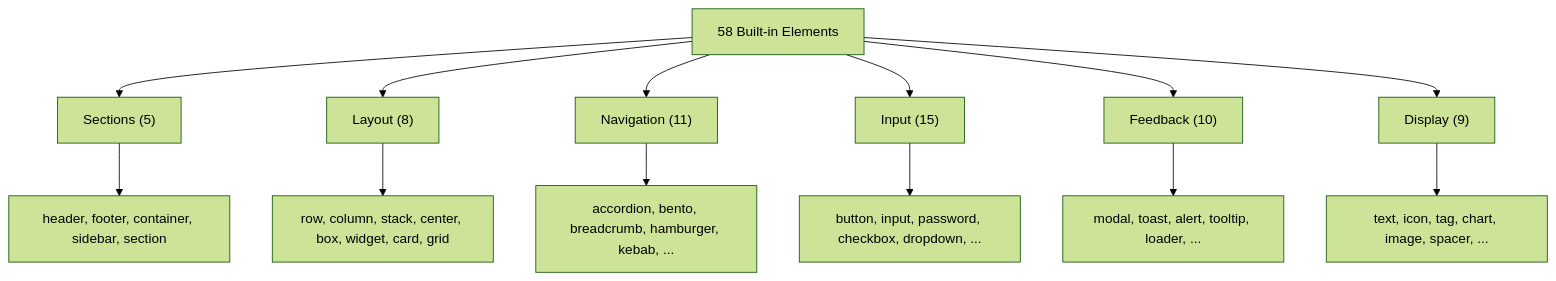
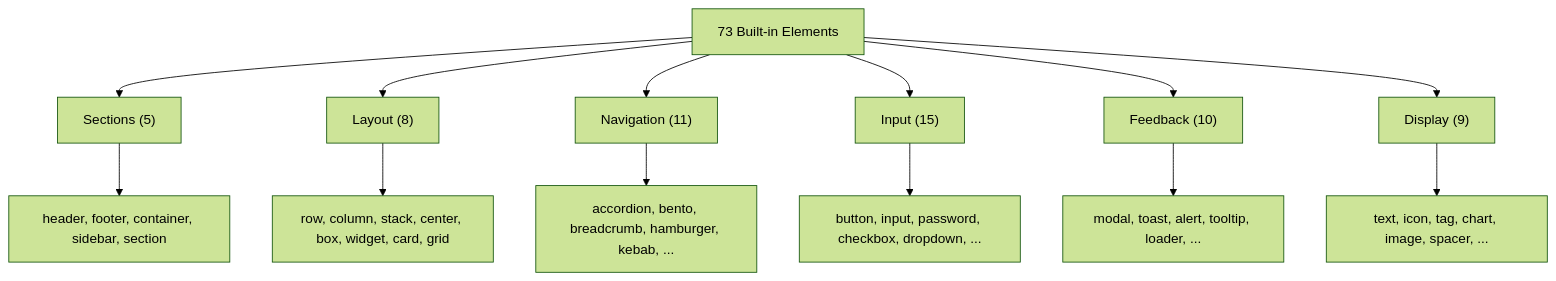
Before and after one commit to voxmastery/newter: the diagram in docs/website/docs/language/elements.md, drawn with Mermaid (forest theme). The commit also changed other lines of this file and 47 other files, not shown here.

````diff
--- a/docs/website/docs/language/elements.md
+++ b/docs/website/docs/language/elements.md
@@ -12,15 +12,15 @@
 ```mermaid
 flowchart TD
-    A["58 Built-in Elements"] --> B["Sections (5)"]
+    A["73 Built-in Elements"] --> B["Sections (5)"]
     A --> C["Layout (8)"]
     A --> D["Navigation (11)"]
     A --> E["Input (15)"]
     A --> F["Feedback (10)"]
     A --> G["Display (9)"]
     B --> B1["header, footer, container, sidebar, section"]
     C --> C1["row, column, stack, center, box, widget, card, grid"]
     D --> D1["accordion, bento, breadcrumb, hamburger, kebab, ..."]
     E --> E1["button, input, password, checkbox, dropdown, ..."]
     F --> F1["modal, toast, alert, tooltip, loader, ..."]
     G --> G1["text, icon, tag, chart, image, spacer, ..."]
 ```
````
